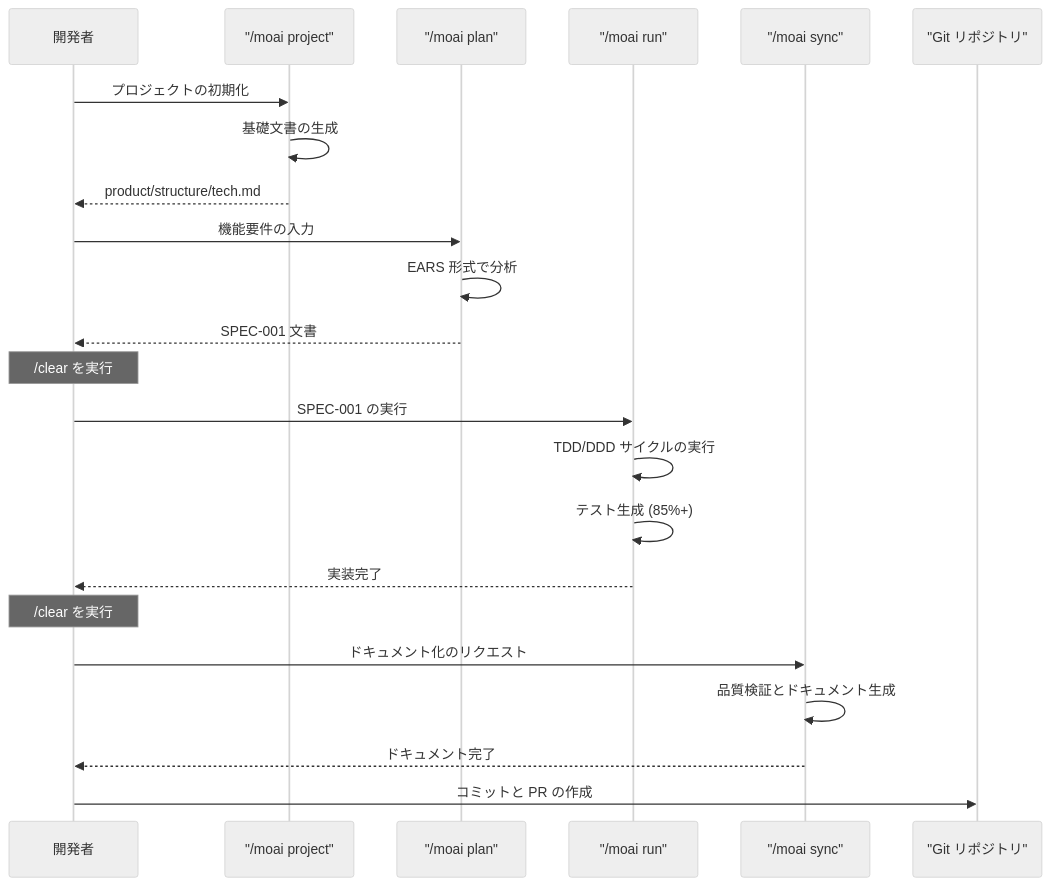
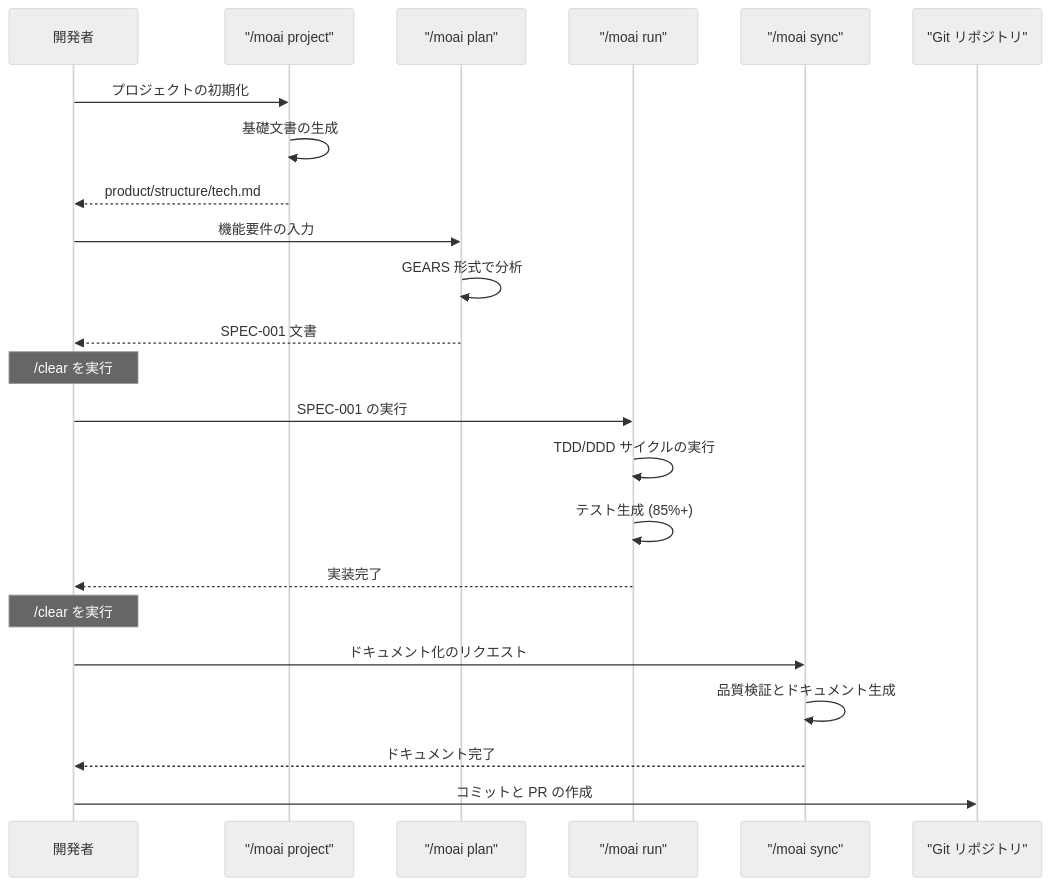
Before and after one commit to modu-ai/moai-adk: the seventh of 9 diagrams in docs-site/content/ja/getting-started/quickstart.md, drawn with Mermaid (neutral theme). The commit also changed other lines of this file and 15 other files, not shown here.

````diff
--- a/docs-site/content/ja/getting-started/quickstart.md
+++ b/docs-site/content/ja/getting-started/quickstart.md
@@ -249,32 +249,32 @@
 ```mermaid
 sequenceDiagram
     participant Dev as 開発者
     participant Project as "/moai project"
     participant Plan as "/moai plan"
     participant Run as "/moai run"
     participant Sync as "/moai sync"
     participant Git as "Git リポジトリ"
 
     Dev->>Project: プロジェクトの初期化
     Project->>Project: 基礎文書の生成
     Project-->>Dev: product/structure/tech.md
 
     Dev->>Plan: 機能要件の入力
-    Plan->>Plan: EARS 形式で分析
+    Plan->>Plan: GEARS 形式で分析
     Plan-->>Dev: SPEC-001 文書
 
     Note over Dev: /clear を実行
 
     Dev->>Run: SPEC-001 の実行
     Run->>Run: TDD/DDD サイクルの実行
     Run->>Run: テスト生成 (85%+)
     Run-->>Dev: 実装完了
 
     Note over Dev: /clear を実行
 
     Dev->>Sync: ドキュメント化のリクエスト
     Sync->>Sync: 品質検証とドキュメント生成
     Sync-->>Dev: ドキュメント完了
 
     Dev->>Git: コミットと PR の作成
 ```
````
